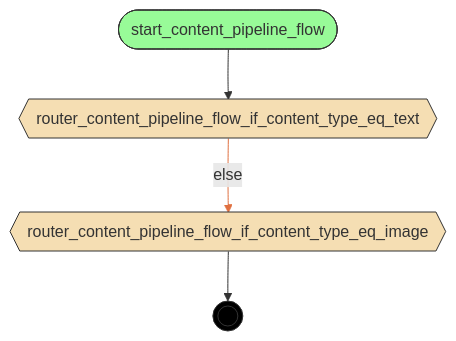
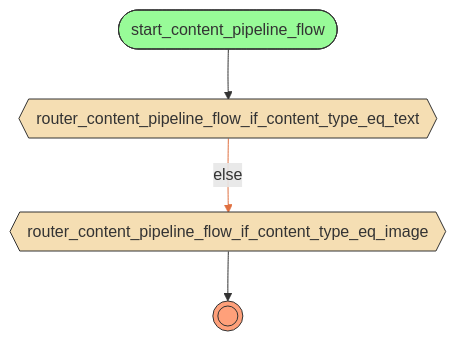
Before and after one commit to deliveryhero/asya: the diagram in examples/flows/compiled/async_conditional/flow.mmd, drawn with Mermaid. The commit also changed 918 other files, not shown here.

Commit message:
chore: recompile example flows with __end__ node and volume mounts

```diff
--- a/examples/flows/compiled/async_conditional/flow.mmd
+++ b/examples/flows/compiled/async_conditional/flow.mmd
@@ -1,21 +1,21 @@
 flowchart TD
     %% Flow: content_pipeline_flow
 
     router_content_pipeline_flow_if_content_type_eq_image{{router_content_pipeline_flow_if_content_type_eq_image}}
     router_content_pipeline_flow_if_content_type_eq_text{{router_content_pipeline_flow_if_content_type_eq_text}}
     start_content_pipeline_flow([start_content_pipeline_flow])
     __end__((( )))
 
     start_content_pipeline_flow --> router_content_pipeline_flow_if_content_type_eq_text
     router_content_pipeline_flow_if_content_type_eq_text -->|"else"| router_content_pipeline_flow_if_content_type_eq_image
     router_content_pipeline_flow_if_content_type_eq_image --> __end__
 
     classDef start fill:#98FB98,stroke:#333
     classDef endnode fill:#FFA07A,stroke:#333
     classDef router fill:#F5DEB3,stroke:#333
     classDef handler fill:#ADD8E6,stroke:#333
     classDef endpoint fill:#000,stroke:#333,color:#fff
     class start_content_pipeline_flow start
+    class __end__ endnode
     class router_content_pipeline_flow_if_content_type_eq_image,router_content_pipeline_flow_if_content_type_eq_text router
-    class __end__ endpoint
     linkStyle 1 stroke:#E07040
```
